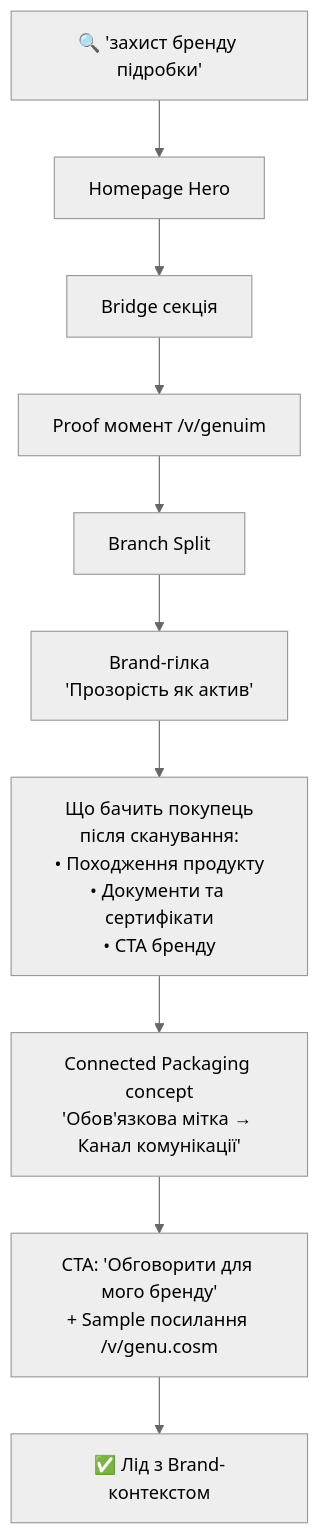
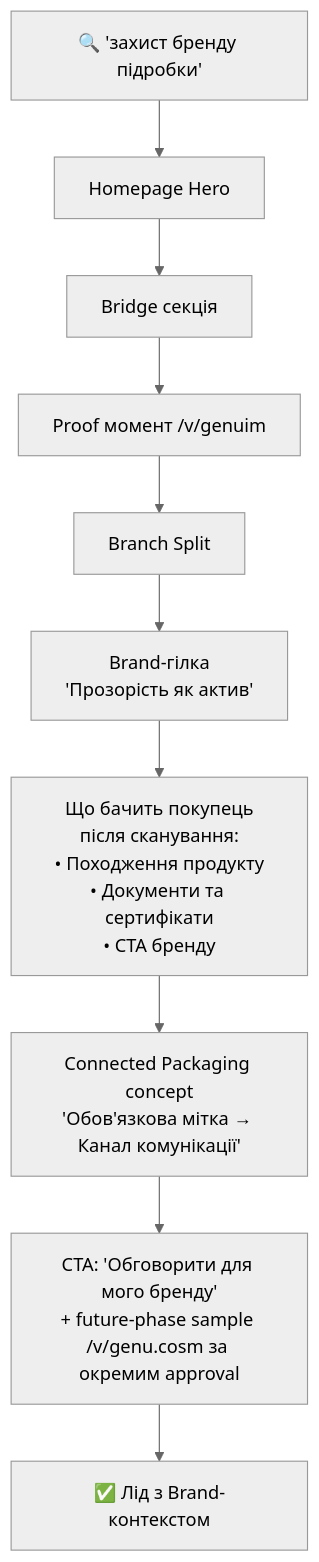
One commit to masteroleg/gm changed the second of 6 diagrams in _bmad-output/planning-artifacts/ux-design-specification.md. Above: the diagram before and after it, drawn with Mermaid (neutral theme). The commit also changed other lines of this file and 12 other files, not shown here.

````diff
--- a/_bmad-output/planning-artifacts/ux-design-specification.md
+++ b/_bmad-output/planning-artifacts/ux-design-specification.md
@@ -422,12 +422,12 @@
 ```mermaid
 flowchart TD
     A[🔍 'захист бренду підробки'] --> B[Homepage Hero]
     B --> C[Bridge секція]
     C --> D[Proof момент /v/genuim]
     D --> E[Branch Split]
     E --> F[Brand-гілка\n'Прозорість як актив']
     F --> G[Що бачить покупець\nпісля сканування:\n• Походження продукту\n• Документи та сертифікати\n• CTA бренду]
     G --> H[Connected Packaging concept\n'Обов'язкова мітка → Канал комунікації']
-    H --> I[CTA: 'Обговорити для мого бренду'\n+ Sample посилання /v/genu.cosm]
+    H --> I[CTA: 'Обговорити для мого бренду'\n+ future-phase sample /v/genu.cosm за окремим approval]
     I --> J[✅ Лід з Brand-контекстом]
 ```
````
